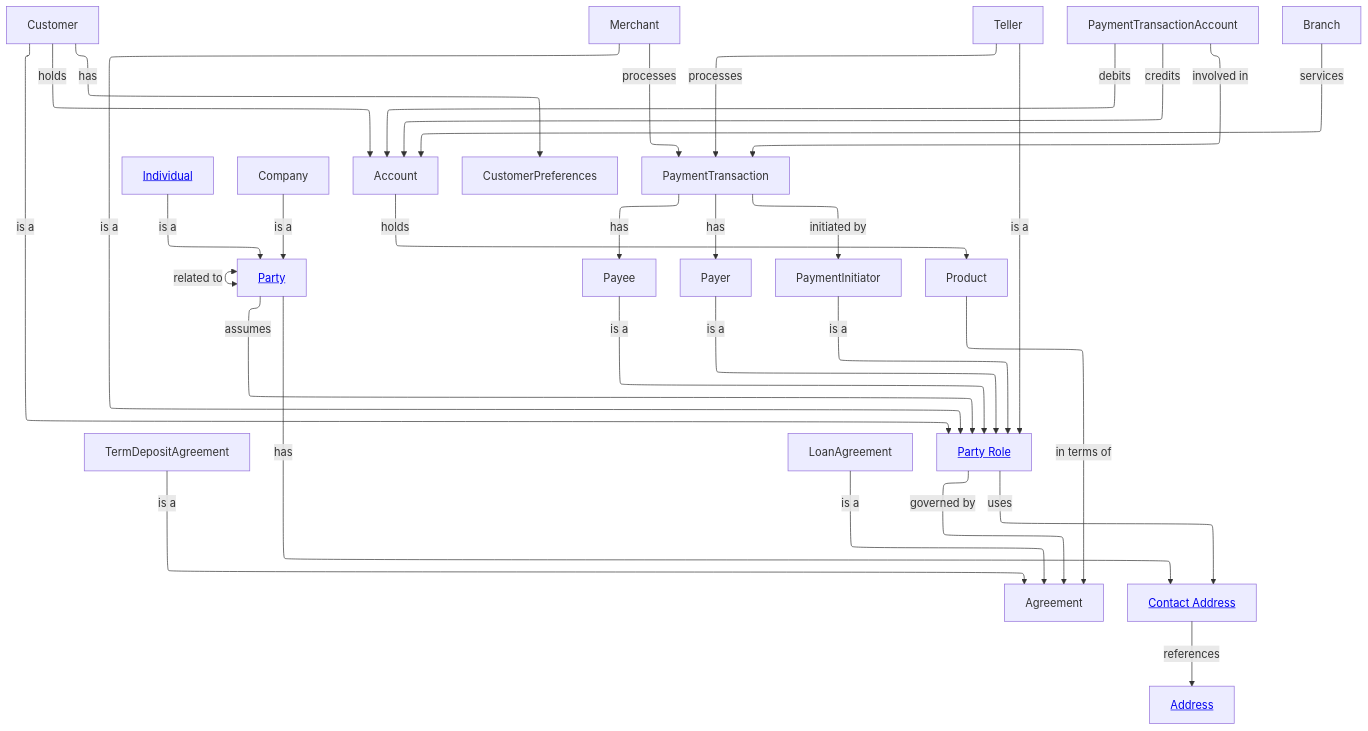
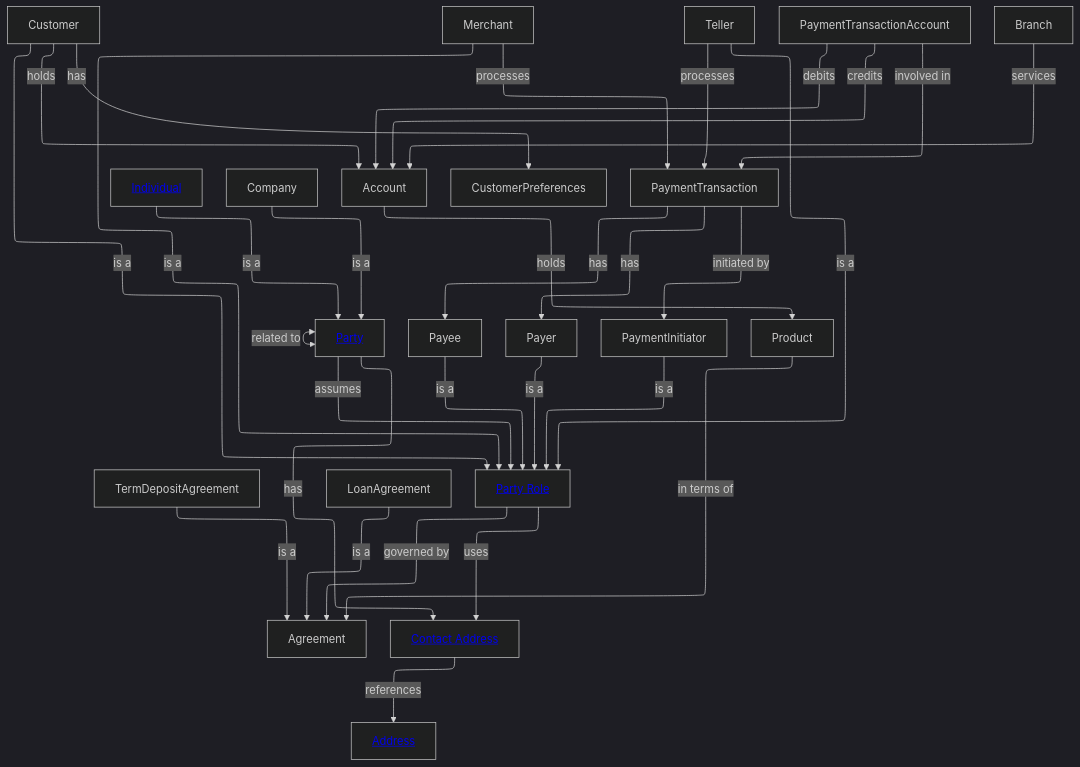
Before and after one commit to Semprini/md-ddl: the diagram in examples/Financial Crime/domain.md, drawn with Mermaid. The commit also changed other lines of this file and 4 other files, not shown here.

````diff
--- a/examples/Financial Crime/domain.md
+++ b/examples/Financial Crime/domain.md
@@ -48,48 +48,53 @@
 ```mermaid
 ---
 config:
   layout: elk
+  elk:
+    mergeEdges: false
+    nodePlacementStrategy: LINEAR_SEGMENTS
+  look: classic
+  theme: dark
 ---
-graph
+graph TD
 
-  Individual --> |is a|Party
-  Company --> |is a|Party
-  TermDepositAgreement --> |is a|Agreement
-  LoanAgreement --> |is a|Agreement
+  Individual --> |is a|Party
+  Company --> |is a|Party
+  TermDepositAgreement --> |is a|Agreement
+  LoanAgreement --> |is a|Agreement
 
-  Party <--> |related to|Party
-  Party --> |assumes|PartyRole
+  Party <--> |related to|Party
+  Party --> |assumes|PartyRole
 
   Customer --> |is a|PartyRole
-  Merchant --> |is a|PartyRole
-  Payee --> |is a|PartyRole
-  Payer --> |is a|PartyRole
-  Teller --> |is a|PartyRole
-  PaymentInitiator --> |is a|PartyRole
+  Merchant --> |is a|PartyRole
+  Payee --> |is a|PartyRole
+  Payer --> |is a|PartyRole
+  Teller --> |is a|PartyRole
+  PaymentInitiator --> |is a|PartyRole
 
-  Party --> |has|ContactAddress
-  PartyRole -->|uses|ContactAddress
-  Customer --> |holds|Account
-  Customer --> |has|CustomerPreferences
-  PartyRole --> |governed by|Agreement
-  PaymentTransaction --> |has|Payer
-  PaymentTransaction --> |has|Payee
-  PaymentTransaction --> |initiated by|PaymentInitiator
-  PaymentTransactionAccount --> |involved in|PaymentTransaction
-  PaymentTransactionAccount --> |debits|Account
-  PaymentTransactionAccount --> |credits|Account
-  Teller --> |processes|PaymentTransaction
-  Merchant --> |processes|PaymentTransaction
+  Party --> |has|ContactAddress
+  PartyRole -->|uses|ContactAddress
+  Customer --> |holds|Account
+  Customer --> |has|CustomerPreferences
+  PartyRole --> |governed by|Agreement
+  PaymentTransaction --> |has|Payer
+  PaymentTransaction --> |has|Payee
+  PaymentTransaction --> |initiated by|PaymentInitiator
+  PaymentTransactionAccount --> |involved in|PaymentTransaction
+  PaymentTransactionAccount --> |debits|Account
+  PaymentTransactionAccount --> |credits|Account
+  Teller --> |processes|PaymentTransaction
+  Merchant --> |processes|PaymentTransaction
 
-  Account --> |holds|Product
-  Branch --> |services|Account
+  Account --> |holds|Product
+  Branch --> |services|Account
 
-  Product --> |in terms of|Agreement
+  Product --> |in terms of|Agreement
   ContactAddress --> |references|Address
 
-  Party["<a href='entities/party.md'>Party</a>"]
-  Individual[<a href='entities/individual.md'>Individual</a>]
-  PartyRole["<a href='entities/party_role.md'>Party Role</a>"]
-  Address["<a href='entities/address.md'>Address</a>"]
-  ContactAddress["<a href='entities/contact_address.md'>Contact Address</a>"]
+  Party["<a href='entities/party.md'>Party</a>"]
+  Individual["<a href='entities/individual.md'>Individual</a>"]
+  PartyRole["<a href='entities/party_role.md'>Party Role</a>"]
+  Address["<a href='entities/address.md'>Address</a>"]
+  ContactAddress["<a href='entities/contact_address.md'>Contact Address</a>"]
 ```
````
